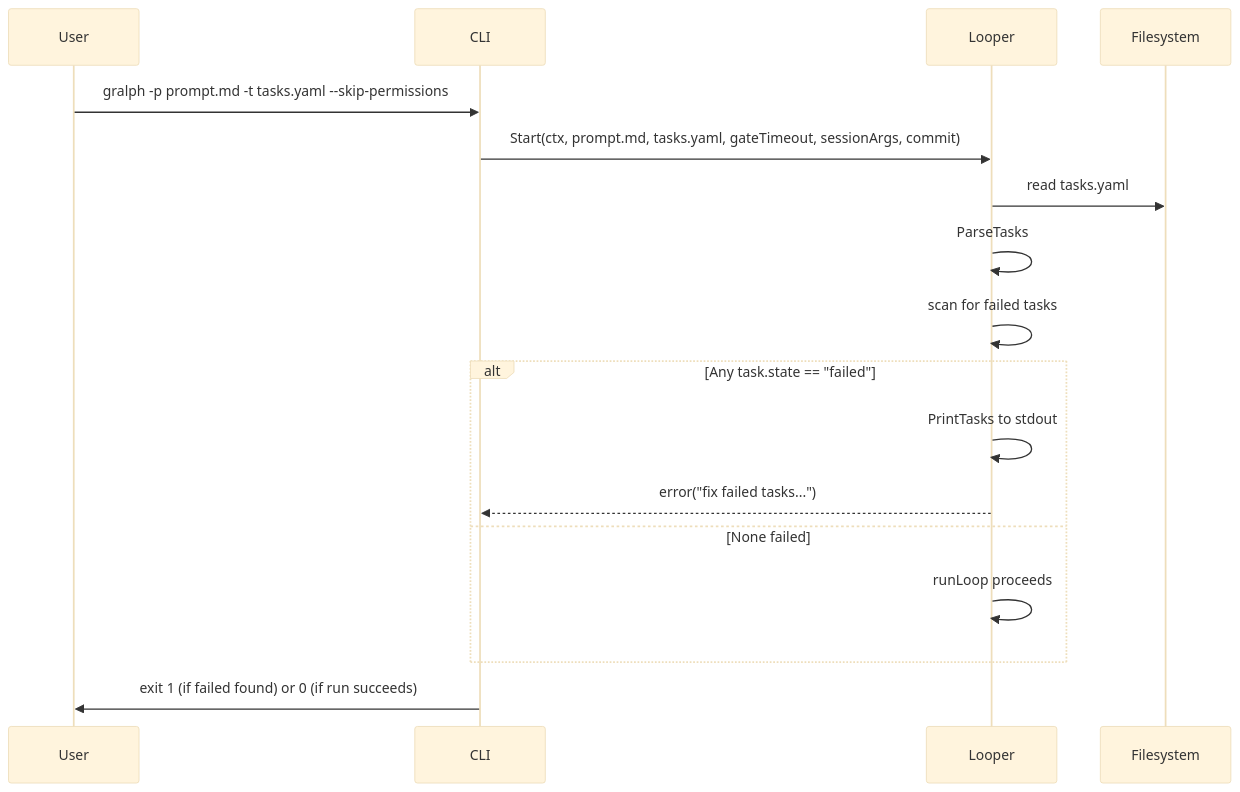
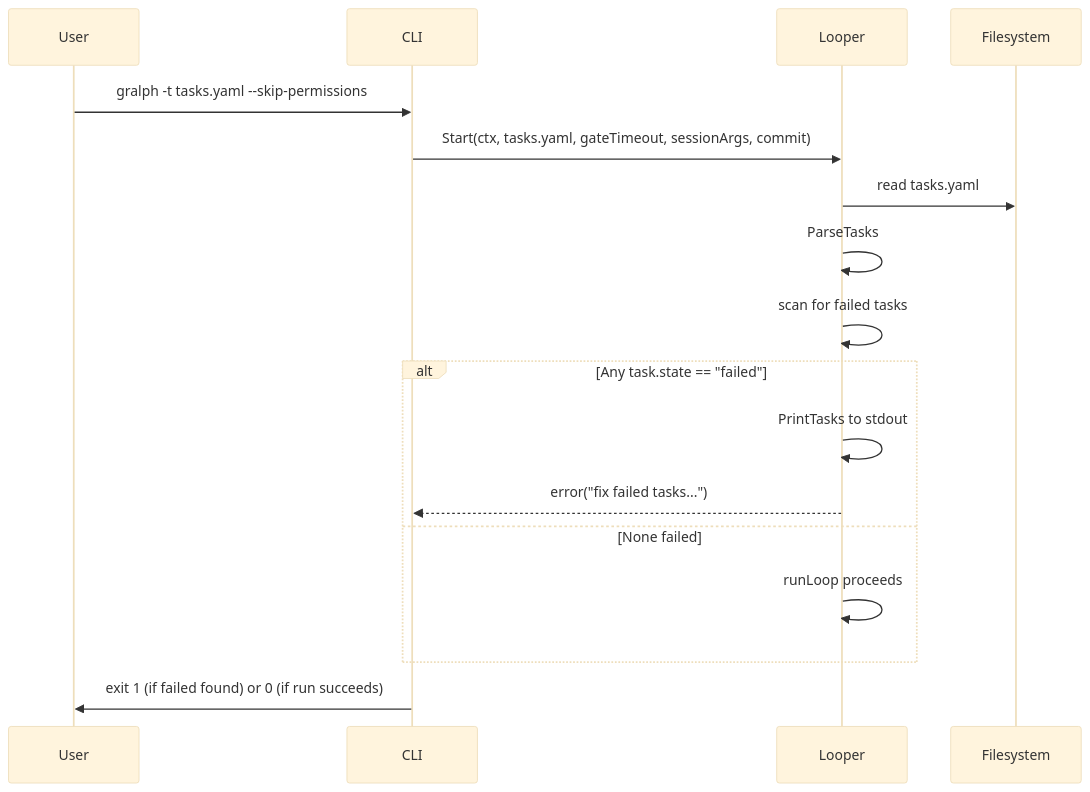
The fourth of 6 diagrams in docs/architecture/03_system_architecture.md (twistingmercury/gralph), drawn with Mermaid (base theme) before and after one commit. The commit also changed other lines of this file and 55 other files, not shown here.

First line of the commit message:
Put the shared prompt in tasks.yaml; remove prompt.md and -p (#31)

````diff
--- a/docs/architecture/03_system_architecture.md
+++ b/docs/architecture/03_system_architecture.md
@@ -407,20 +405,20 @@
 ```mermaid
 sequenceDiagram
     participant User
     participant CLI
     participant Looper
     participant Filesystem
 
-    User->>CLI: gralph -p prompt.md -t tasks.yaml --skip-permissions
-    CLI->>Looper: Start(ctx, prompt.md, tasks.yaml, gateTimeout, sessionArgs, commit)
+    User->>CLI: gralph -t tasks.yaml --skip-permissions
+    CLI->>Looper: Start(ctx, tasks.yaml, gateTimeout, sessionArgs, commit)
     Looper->>Filesystem: read tasks.yaml
     Looper->>Looper: ParseTasks
     Looper->>Looper: scan for failed tasks
     alt Any task.state == "failed"
         Looper->>Looper: PrintTasks to stdout
         Looper-->>CLI: error("fix failed tasks...")
     else None failed
         Looper->>Looper: runLoop proceeds
     end
     CLI->>User: exit 1 (if failed found) or 0 (if run succeeds)
 ```
````
